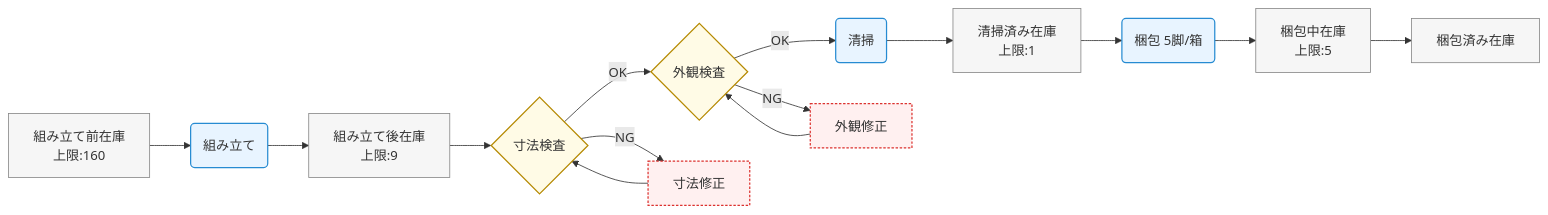
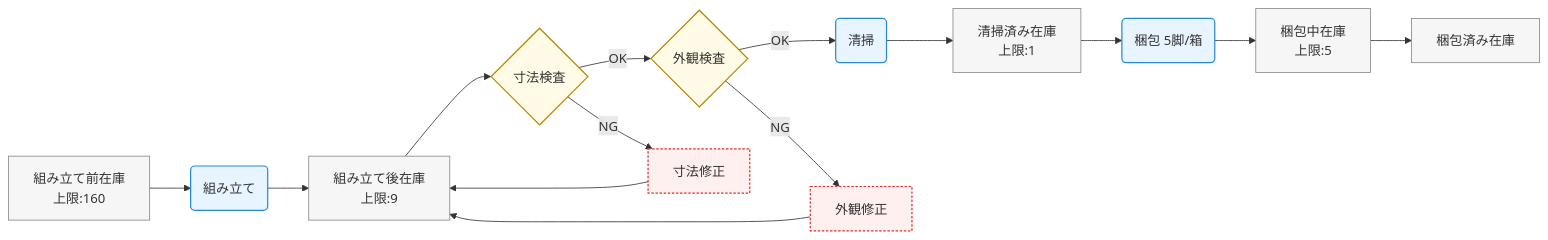
Before and after one commit to sokokoko-git/mermaid-flows: the diagram in docs/flows/example.mmd, drawn with Mermaid.

```diff
--- a/docs/flows/example.mmd
+++ b/docs/flows/example.mmd
@@ -1,31 +1,33 @@
 flowchart LR
   %% GitHub向け：[]の入れ子を避け、改行は <br/> を使用
 
   A[組み立て前在庫<br/>上限:160] --> B(組み立て)
   B --> C[組み立て後在庫<br/>上限:9]
 
   C --> D{寸法検査}
   D -->|OK| E{外観検査}
   D -->|NG| D1[寸法修正]
-  D1 --> D
+  %% 修正品は組み立て後在庫へ戻す
+  D1 --> C
 
   E -->|OK| F(清掃)
   E -->|NG| E1[外観修正]
-  E1 --> E
+  %% 修正品は組み立て後在庫へ戻す
+  E1 --> C
 
   F --> G[清掃済み在庫<br/>上限:1]
 
   G --> H(梱包 5脚/箱)
   H --> I[梱包中在庫<br/>上限:5]
   I --> J[梱包済み在庫]
 
   %% スタイル定義（対応していないビューアでは無視されます）
   classDef store fill:#f6f6f6,stroke:#888,stroke-width:1px;
   classDef proc fill:#e8f4ff,stroke:#268bd2,stroke-width:1.5px;
   classDef gate fill:#fffbe6,stroke:#b58900,stroke-width:1.5px;
   classDef fix fill:#fff0f0,stroke:#dc322f,stroke-width:1.5px,stroke-dasharray:3 2;
 
   class A,C,G,I,J store;
   class B,F,H proc;
   class D,E gate;
   class D1,E1 fix;
```
